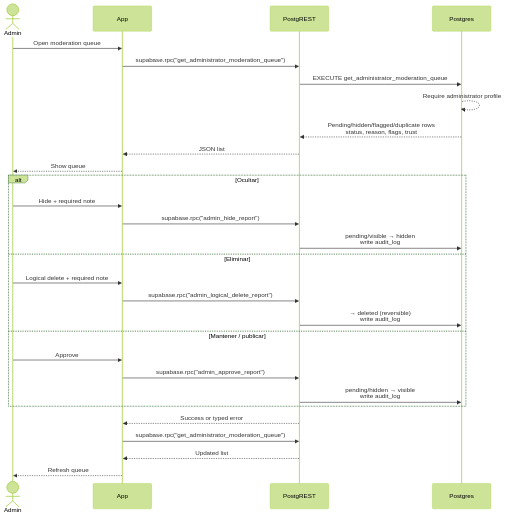
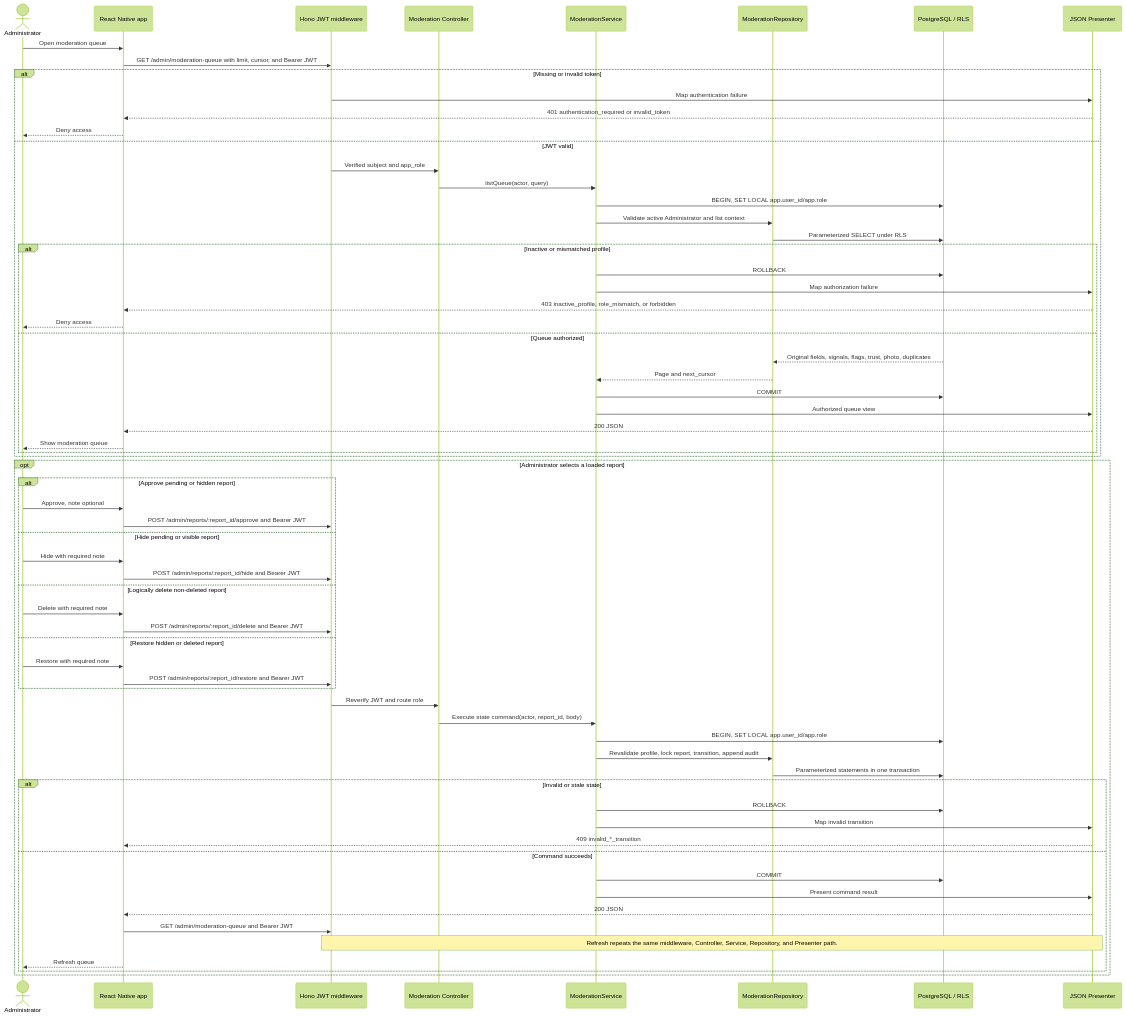
The diagram in docs/diagrams/sequences/admin-moderation.md (CardozoPapaDelAme/dog_report_app), drawn with Mermaid (forest theme) before and after one commit. The commit also changed other lines of this file and 29 other files, not shown here.

````diff
--- a/docs/diagrams/sequences/admin-moderation.md
+++ b/docs/diagrams/sequences/admin-moderation.md
@@ -9,34 +7,72 @@
 ```mermaid
 sequenceDiagram
-  actor Admin
-  participant App
-  participant PostgREST
-  participant Postgres
+  actor Admin as Administrator
+  participant App as React Native app
+  participant M as Hono JWT middleware
+  participant C as Moderation Controller
+  participant S as ModerationService
+  participant R as ModerationRepository
+  participant DB as PostgreSQL / RLS
+  participant P as JSON Presenter
 
   Admin->>App: Open moderation queue
-  App->>PostgREST: supabase.rpc("get_administrator_moderation_queue")
-  PostgREST->>Postgres: EXECUTE get_administrator_moderation_queue
-  Postgres-->>Postgres: Require administrator profile
-  Postgres-->>PostgREST: Pending/hidden/flagged/duplicate rows<br/>status, reason, flags, trust
-  PostgREST-->>App: JSON list
-  App-->>Admin: Show queue
-
-  alt Ocultar
-    Admin->>App: Hide + required note
-    App->>PostgREST: supabase.rpc("admin_hide_report")
-    PostgREST->>Postgres: pending/visible → hidden<br/>write audit_log
-  else Eliminar
-    Admin->>App: Logical delete + required note
-    App->>PostgREST: supabase.rpc("admin_logical_delete_report")
-    PostgREST->>Postgres: → deleted (reversible)<br/>write audit_log
-  else Mantener / publicar
-    Admin->>App: Approve
-    App->>PostgREST: supabase.rpc("admin_approve_report")
-    PostgREST->>Postgres: pending/hidden → visible<br/>write audit_log
+  App->>M: GET /admin/moderation-queue with limit, cursor, and Bearer JWT
+  alt Missing or invalid token
+    M->>P: Map authentication failure
+    P-->>App: 401 authentication_required or invalid_token
+    App-->>Admin: Deny access
+  else JWT valid
+    M->>C: Verified subject and app_role
+    C->>S: listQueue(actor, query)
+    S->>DB: BEGIN, SET LOCAL app.user_id/app.role
+    S->>R: Validate active Administrator and list context
+    R->>DB: Parameterized SELECT under RLS
+    alt Inactive or mismatched profile
+      S->>DB: ROLLBACK
+      S->>P: Map authorization failure
+      P-->>App: 403 inactive_profile, role_mismatch, or forbidden
+      App-->>Admin: Deny access
+    else Queue authorized
+      DB-->>R: Original fields, signals, flags, trust, photo, duplicates
+      R-->>S: Page and next_cursor
+      S->>DB: COMMIT
+      S->>P: Authorized queue view
+      P-->>App: 200 JSON
+      App-->>Admin: Show moderation queue
+    end
   end
 
-  PostgREST-->>App: Success or typed error
-  App->>PostgREST: supabase.rpc("get_administrator_moderation_queue")
-  PostgREST-->>App: Updated list
-  App-->>Admin: Refresh queue
+  opt Administrator selects a loaded report
+    alt Approve pending or hidden report
+      Admin->>App: Approve, note optional
+      App->>M: POST /admin/reports/:report_id/approve and Bearer JWT
+    else Hide pending or visible report
+      Admin->>App: Hide with required note
+      App->>M: POST /admin/reports/:report_id/hide and Bearer JWT
+    else Logically delete non-deleted report
+      Admin->>App: Delete with required note
+      App->>M: POST /admin/reports/:report_id/delete and Bearer JWT
+    else Restore hidden or deleted report
+      Admin->>App: Restore with required note
+      App->>M: POST /admin/reports/:report_id/restore and Bearer JWT
+    end
+
+    M->>C: Reverify JWT and route role
+    C->>S: Execute state command(actor, report_id, body)
+    S->>DB: BEGIN, SET LOCAL app.user_id/app.role
+    S->>R: Revalidate profile, lock report, transition, append audit
+    R->>DB: Parameterized statements in one transaction
+    alt Invalid or stale state
+      S->>DB: ROLLBACK
+      S->>P: Map invalid transition
+      P-->>App: 409 invalid_*_transition
+    else Command succeeds
+      S->>DB: COMMIT
+      S->>P: Present command result
+      P-->>App: 200 JSON
+      App->>M: GET /admin/moderation-queue and Bearer JWT
+      Note over M,P: Refresh repeats the same middleware, Controller, Service, Repository, and Presenter path.
+      App-->>Admin: Refresh queue
+    end
+  end
 ```
````
